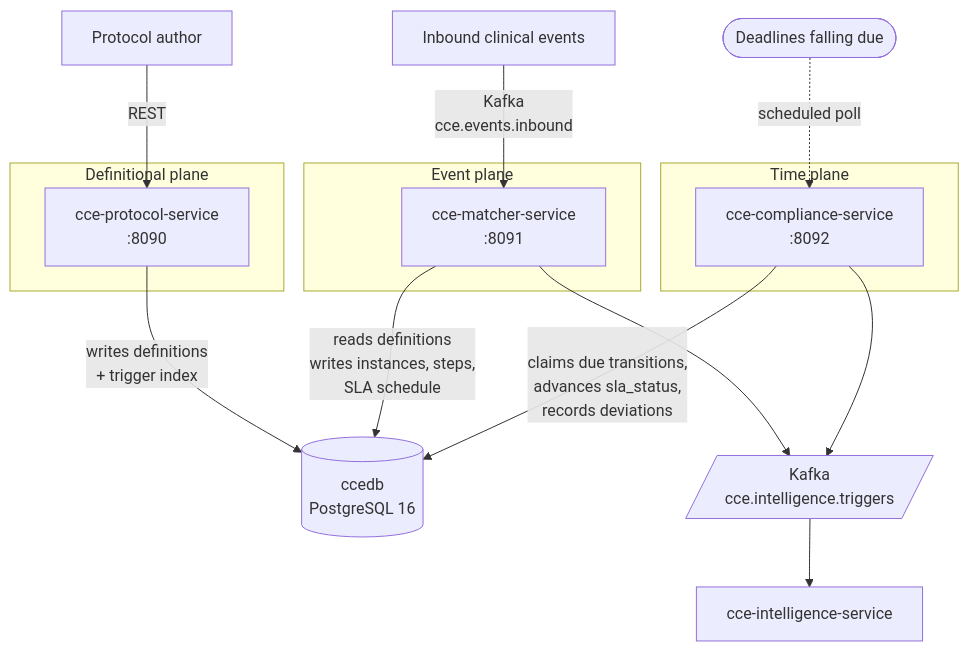
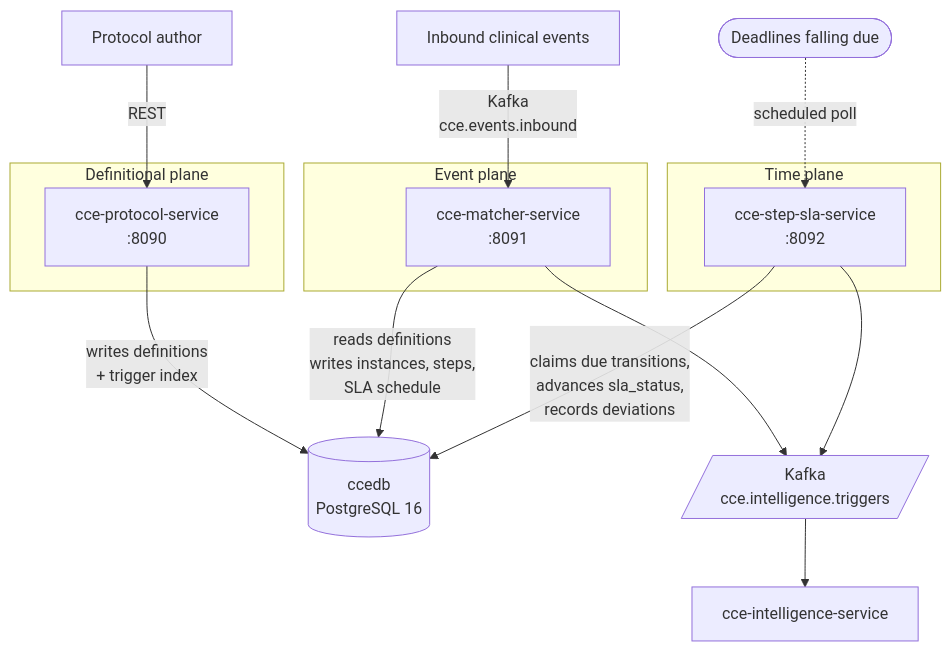
One commit to Jayaprakash8887/cce-common-util changed the first of 3 diagrams in docs/architecture-overview.md. Above: the diagram before and after it, drawn with Mermaid. The commit also changed other lines of this file and 9 other files, not shown here.

First line of the commit message:
Point at cce-step-sla-service for the time plane

````diff
--- a/docs/architecture-overview.md
+++ b/docs/architecture-overview.md
@@ -55,24 +55,24 @@
 ```mermaid
 flowchart TB
     subgraph def["Definitional plane"]
         PS["cce-protocol-service<br/>:8090"]
     end
     subgraph event["Event plane"]
         MS["cce-matcher-service<br/>:8091"]
     end
     subgraph time["Time plane"]
-        CS["cce-compliance-service<br/>:8092"]
+        CS["cce-step-sla-service<br/>:8092"]
     end
 
     Admin["Protocol author"] -->|"REST"| PS
     Collector["Inbound clinical events"] -->|"Kafka<br/>cce.events.inbound"| MS
     Clock(["Deadlines falling due"]) -.->|"scheduled poll"| CS
 
     PS -->|"writes definitions<br/>+ trigger index"| DB[("ccedb<br/>PostgreSQL 16")]
     MS -->|"reads definitions<br/>writes instances, steps,<br/>SLA schedule"| DB
     CS -->|" <br/>claims due transitions,<br/>advances sla_status,<br/>records deviations"| DB
 
     MS --> Topic[/"Kafka<br/>cce.intelligence.triggers"/]
     CS --> Topic
     Topic --> Intel["cce-intelligence-service"]
 ```
````
